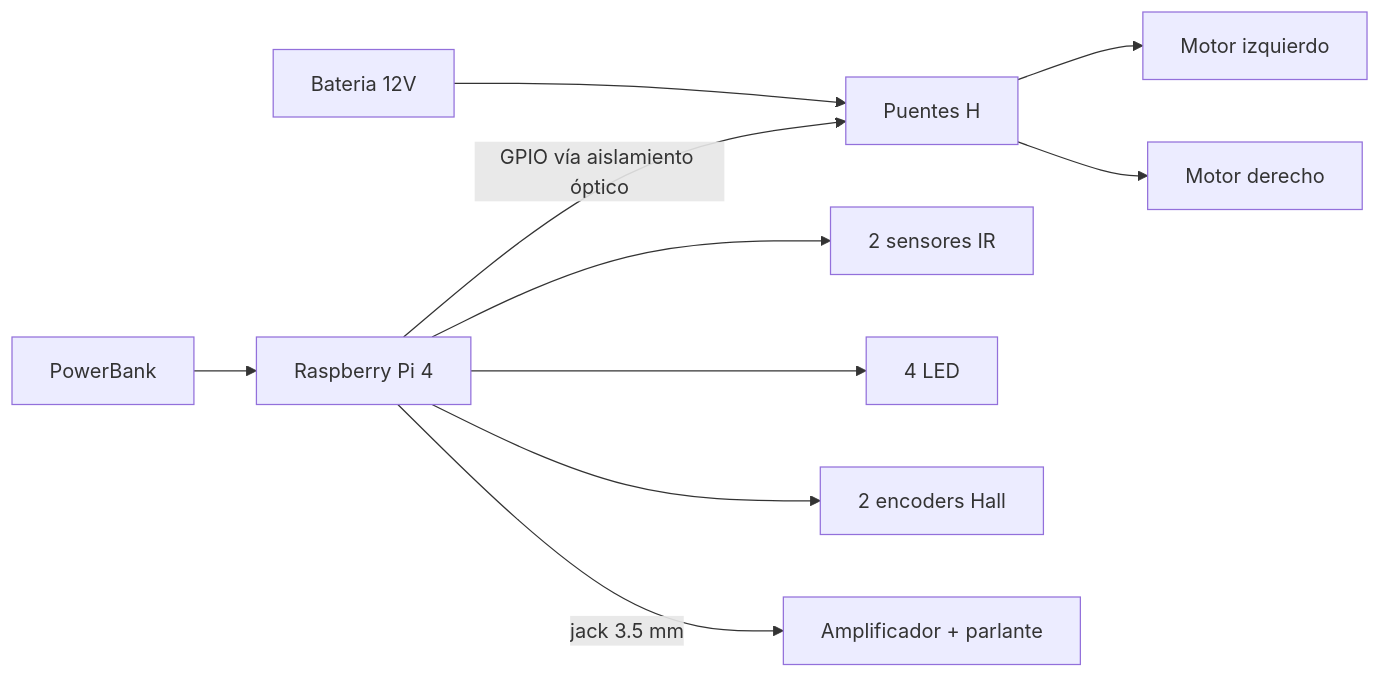
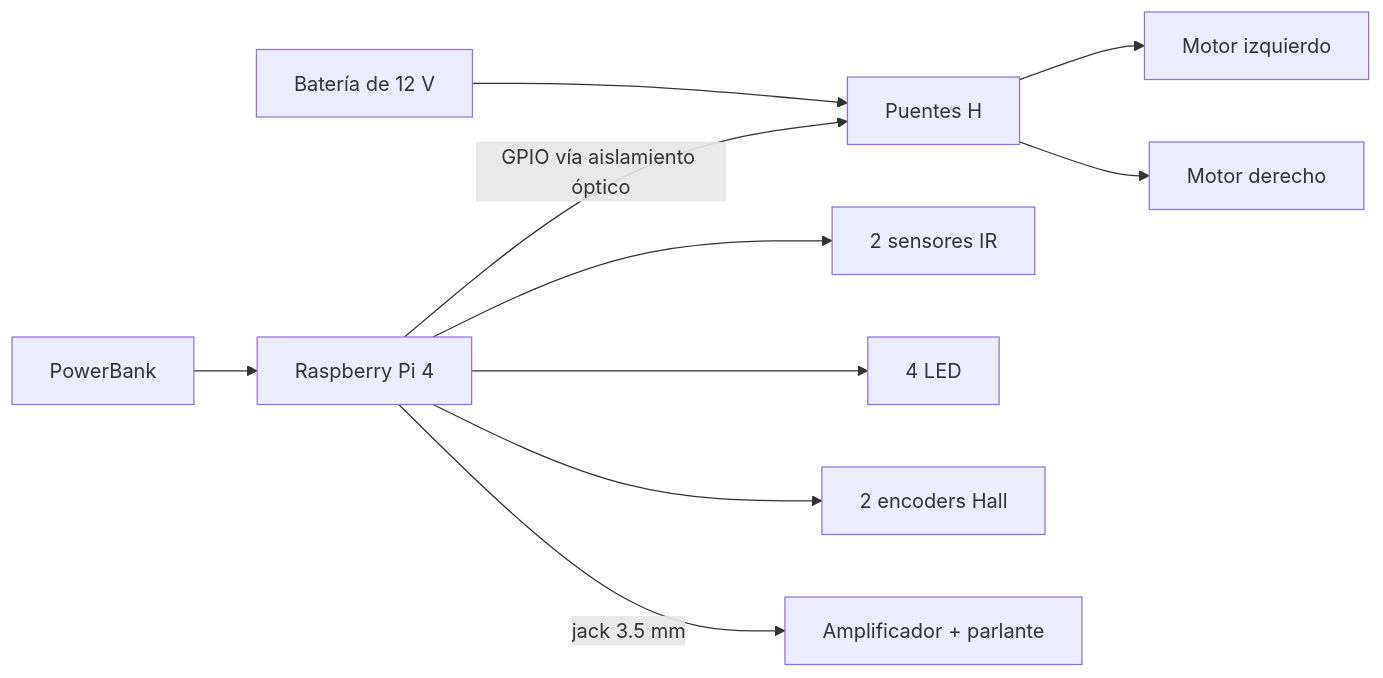
Before and after one commit to ProyectosCE/CE1113_P1: the second of 3 diagrams in README.md, drawn with Mermaid. The commit also changed other lines of this file, not shown here.

````diff
--- a/README.md
+++ b/README.md
@@ -101,12 +100,12 @@
 ```mermaid
 flowchart LR
     PowerBank --> RPI[Raspberry Pi 4]
-    PW[Bateria 12V] --> HB[Puentes H]
+    PW[Batería de 12 V] --> HB[Puentes H]
     HB --> M1[Motor izquierdo]
     HB --> M2[Motor derecho]
     RPI -->|GPIO vía aislamiento óptico| HB
     RPI --> IR[2 sensores IR]
     RPI --> LED[4 LED]
     RPI --> ENC[2 encoders Hall]
     RPI -->|jack 3.5 mm| AMP[Amplificador + parlante]
 ```
````
